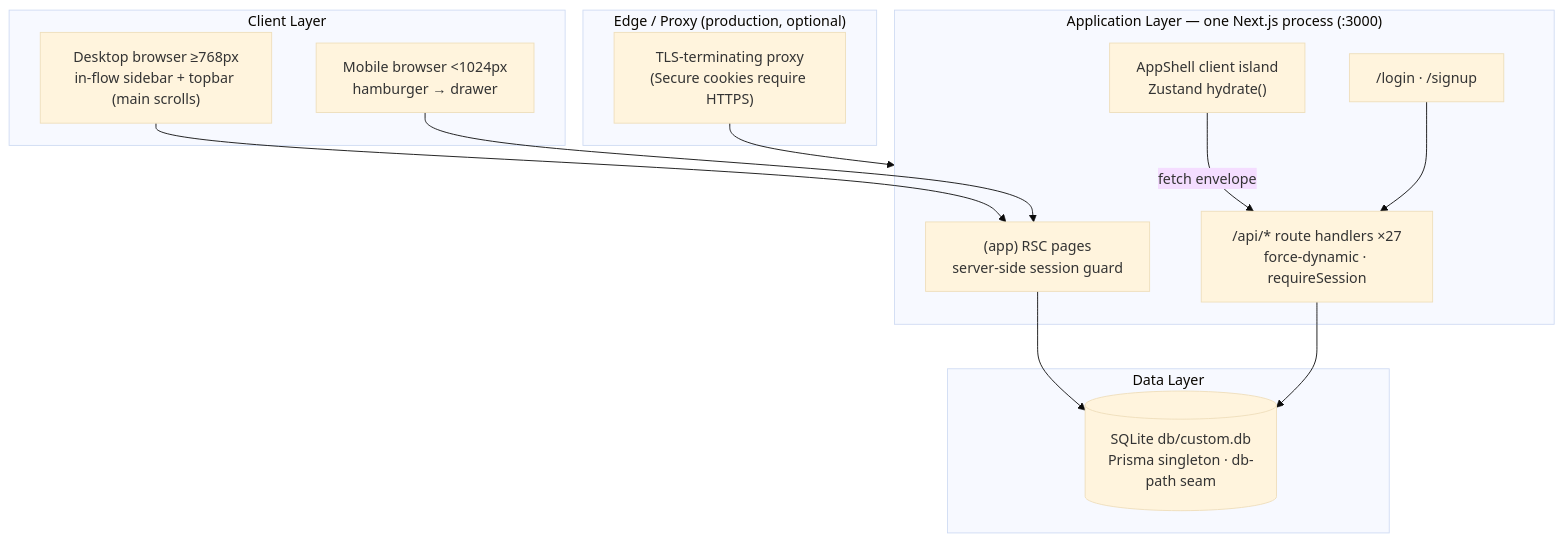
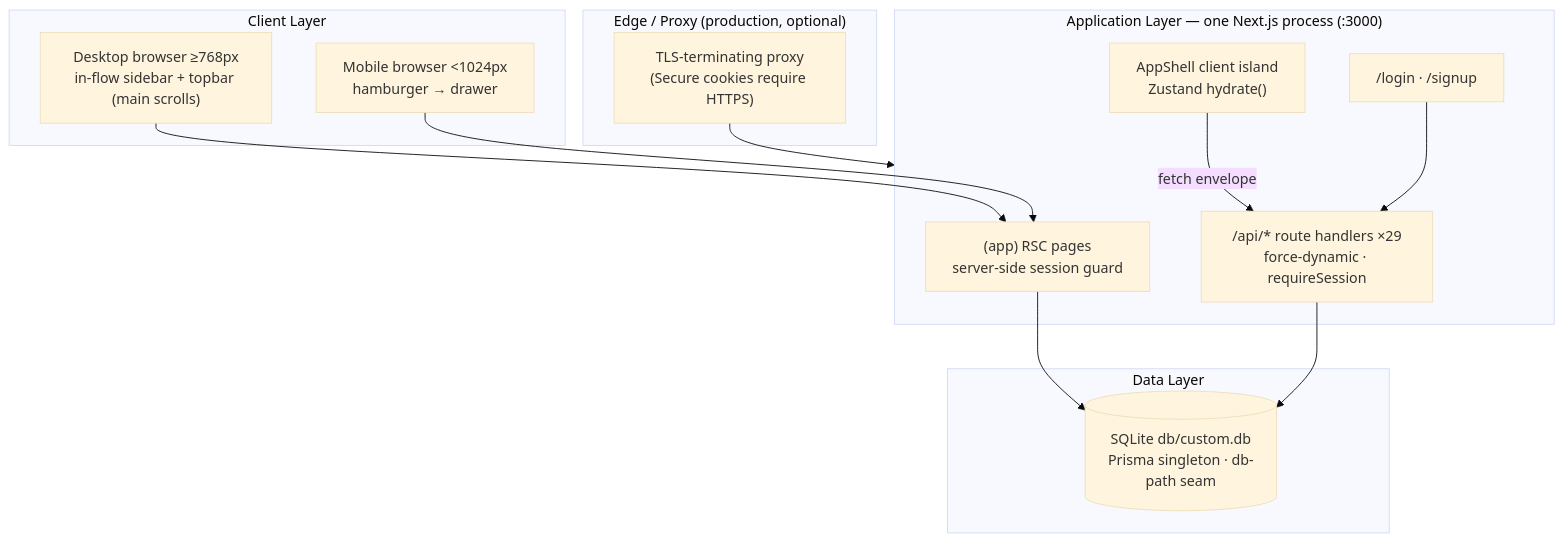
The first of 2 diagrams in Project_Architecture_Document.md (nordeim/budget-wiser), drawn with Mermaid (base theme) before and after one commit. The commit also changed other lines of this file and 32 other files, not shown here.

````diff
--- a/Project_Architecture_Document.md
+++ b/Project_Architecture_Document.md
@@ -282,30 +282,30 @@
 ```mermaid
 flowchart TB
   subgraph Client["Client Layer"]
     Desktop["Desktop browser ≥768px<br/>in-flow sidebar + topbar (main scrolls)"]
     Mobile["Mobile browser <1024px<br/>hamburger → drawer"]
   end
 
   subgraph Edge["Edge / Proxy (production, optional)"]
     TLS["TLS-terminating proxy<br/>(Secure cookies require HTTPS)"]
   end
 
   subgraph App["Application Layer — one Next.js process (:3000)"]
     RSC["(app) RSC pages<br/>server-side session guard"]
     Public["/login · /signup"]
-    API["/api/* route handlers ×27<br/>force-dynamic · requireSession"]
+    API["/api/* route handlers ×29<br/>force-dynamic · requireSession"]
     Shell["AppShell client island<br/>Zustand hydrate()"]
   end
 
   subgraph Data["Data Layer"]
     DB[("SQLite db/custom.db<br/>Prisma singleton · db-path seam")]
   end
 
   Desktop --> RSC
   Mobile --> RSC
   TLS --> App
   RSC --> DB
   API --> DB
   Shell -->|fetch envelope| API
   Public --> API
 ```
````
